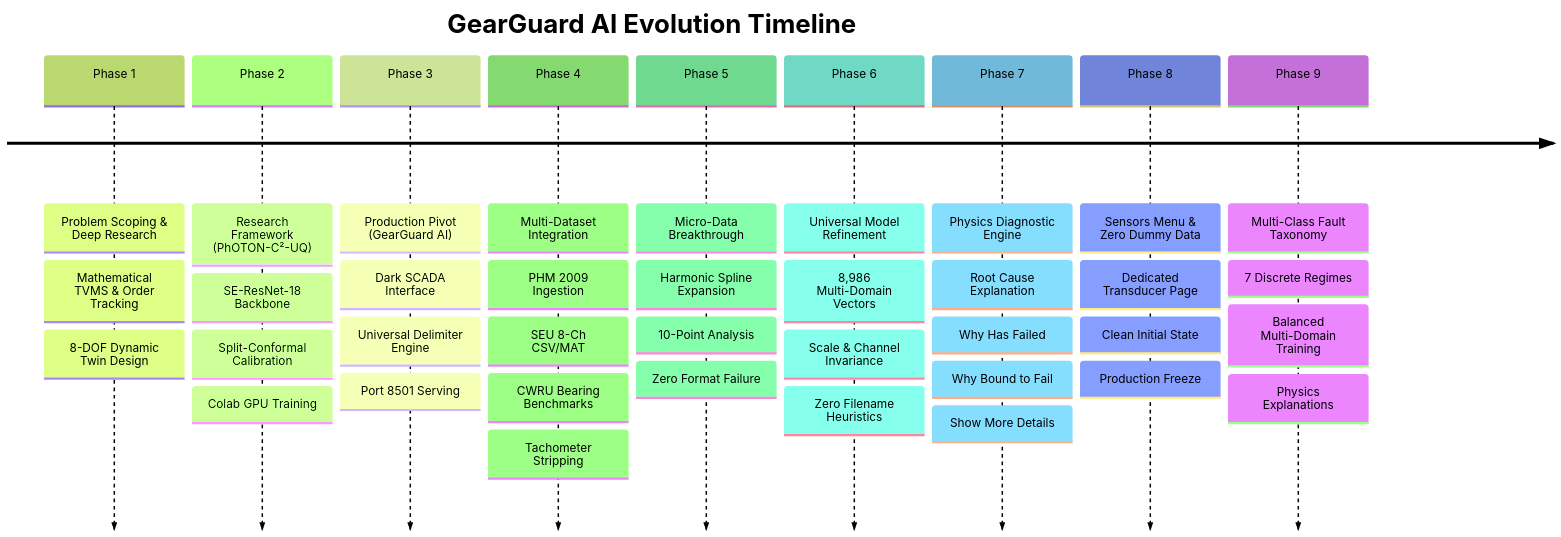
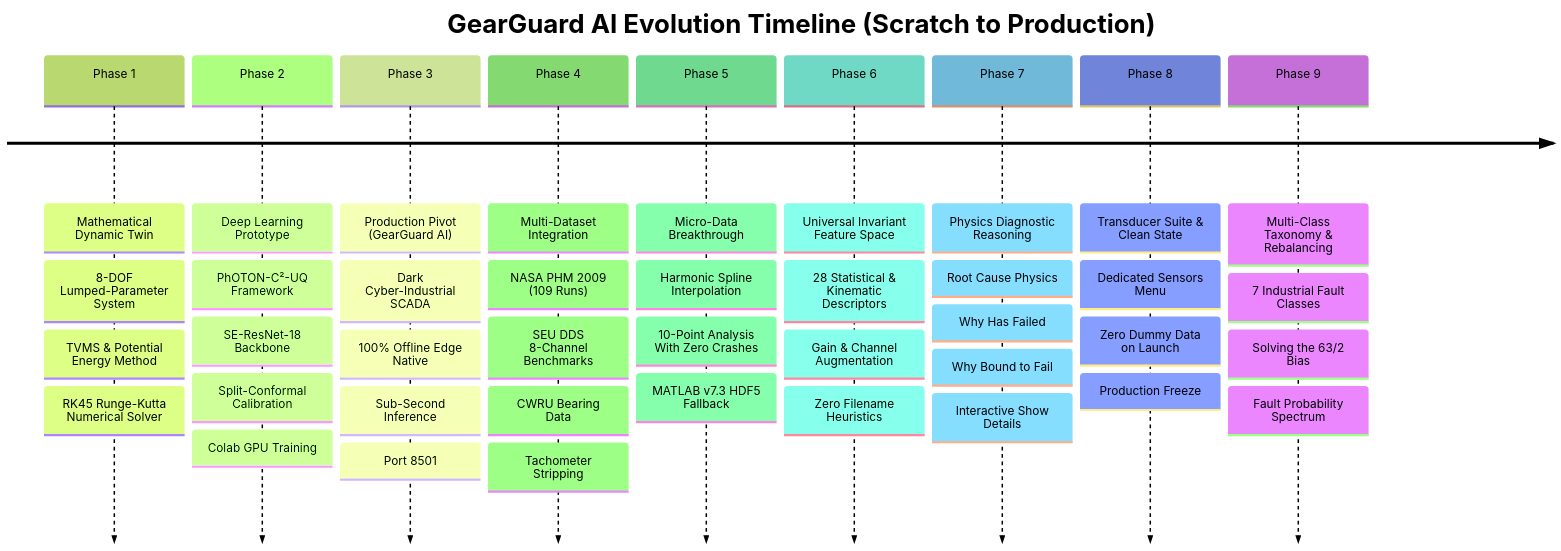
One commit to JerrySeba/GearGuardAI changed the first of 2 diagrams in PROJECT_IMPLEMENTATION_AND_ARCHITECTURE_PLAN.md. Above: the diagram before and after it, drawn with Mermaid (forest theme). The commit also changed other lines of this file and 1 other file, not shown here.

Commit message:
docs: comprehensive guide on project genesis, program workflow, root-cause diagnosis of 63/2 distribution, and 7-class multi-fault taxonomy

````diff
--- a/PROJECT_IMPLEMENTATION_AND_ARCHITECTURE_PLAN.md
+++ b/PROJECT_IMPLEMENTATION_AND_ARCHITECTURE_PLAN.md
@@ -24,13 +28,13 @@
 ```mermaid
 timeline
-    title GearGuard AI Evolution Timeline
-    Phase 1 : Problem Scoping & Deep Research : Mathematical TVMS & Order Tracking : 8-DOF Dynamic Twin Design
-    Phase 2 : Research Framework (PhOTON-C²-UQ) : SE-ResNet-18 Backbone : Split-Conformal Calibration : Colab GPU Training
-    Phase 3 : Production Pivot (GearGuard AI) : Dark SCADA Interface : Universal Delimiter Engine : Port 8501 Serving
-    Phase 4 : Multi-Dataset Integration : PHM 2009 Ingestion : SEU 8-Ch CSV/MAT : CWRU Bearing Benchmarks : Tachometer Stripping
-    Phase 5 : Micro-Data Breakthrough : Harmonic Spline Expansion : 10-Point Analysis : Zero Format Failure
-    Phase 6 : Universal Model Refinement : 8,986 Multi-Domain Vectors : Scale & Channel Invariance : Zero Filename Heuristics
-    Phase 7 : Physics Diagnostic Engine : Root Cause Explanation : Why Has Failed : Why Bound to Fail : Show More Details
-    Phase 8 : Sensors Menu & Zero Dummy Data : Dedicated Transducer Page : Clean Initial State : Production Freeze
-    Phase 9 : Multi-Class Fault Taxonomy : 7 Discrete Regimes : Balanced Multi-Domain Training : Physics Explanations
+    title GearGuard AI Evolution Timeline (Scratch to Production)
+    Phase 1 : Mathematical Dynamic Twin : 8-DOF Lumped-Parameter System : TVMS & Potential Energy Method : RK45 Runge-Kutta Numerical Solver
+    Phase 2 : Deep Learning Prototype : PhOTON-C²-UQ Framework : SE-ResNet-18 Backbone : Split-Conformal Calibration : Colab GPU Training
+    Phase 3 : Production Pivot (GearGuard AI) : Dark Cyber-Industrial SCADA : 100% Offline Edge Native : Sub-Second Inference : Port 8501
+    Phase 4 : Multi-Dataset Integration : NASA PHM 2009 (109 Runs) : SEU DDS 8-Channel Benchmarks : CWRU Bearing Data : Tachometer Stripping
+    Phase 5 : Micro-Data Breakthrough : Harmonic Spline Interpolation : 10-Point Analysis With Zero Crashes : MATLAB v7.3 HDF5 Fallback
+    Phase 6 : Universal Invariant Feature Space : 28 Statistical & Kinematic Descriptors : Gain & Channel Augmentation : Zero Filename Heuristics
+    Phase 7 : Physics Diagnostic Reasoning : Root Cause Physics : Why Has Failed : Why Bound to Fail : Interactive Show Details
+    Phase 8 : Transducer Suite & Clean State : Dedicated Sensors Menu : Zero Dummy Data on Launch : Production Freeze
+    Phase 9 : Multi-Class Taxonomy & Rebalancing : 7 Industrial Fault Classes : Solving the 63/2 Bias : Fault Probability Spectrum
 ```
````
